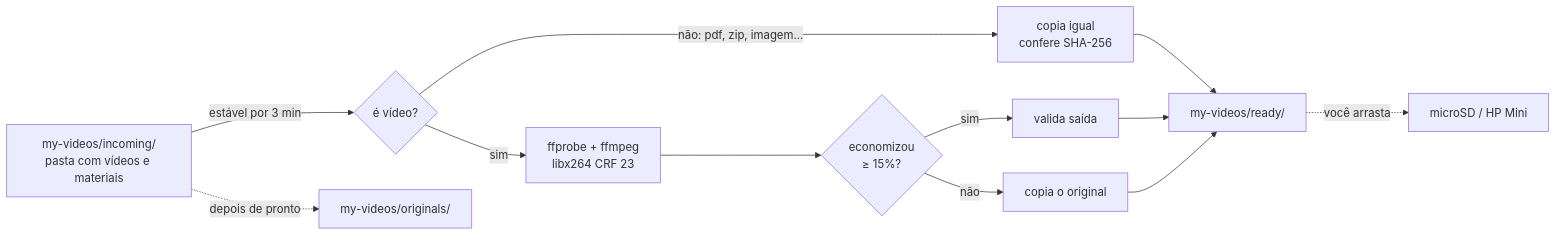
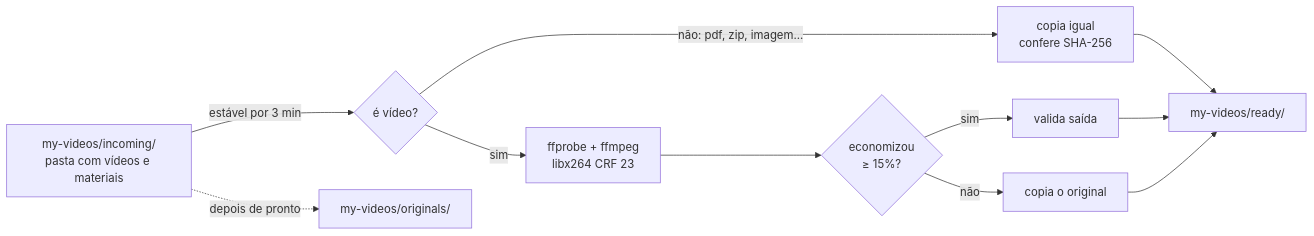
The diagram in docs/GUIA.md (FernandoHN99/automation-videos-macos), drawn with Mermaid before and after one commit. The commit also changed other lines of this file and 6 other files, not shown here.

First line of the commit message:
Escopo só de vídeo: remove o modo upload (HP Mini e microSD)

````diff
--- a/docs/GUIA.md
+++ b/docs/GUIA.md
@@ -17,14 +15,13 @@
 ```mermaid
 flowchart LR
     A[my-videos/incoming/<br/>pasta com vídeos e materiais] -->|estável por 3 min| B{é vídeo?}
     B -->|não: pdf, zip, imagem...| C[copia igual<br/>confere SHA-256]
     B -->|sim| D[ffprobe + ffmpeg<br/>libx264 CRF 23]
     D --> E{economizou<br/>≥ 15%?}
     E -->|sim| F[valida saída]
     E -->|não| G[copia o original]
     C --> H[my-videos/ready/]
     F --> H
     G --> H
-    H -.->|você arrasta| I[microSD / HP Mini]
-    A -.->|depois de pronto| J[my-videos/originals/]
+    A -.->|depois de pronto| I[my-videos/originals/]
 ```
````
